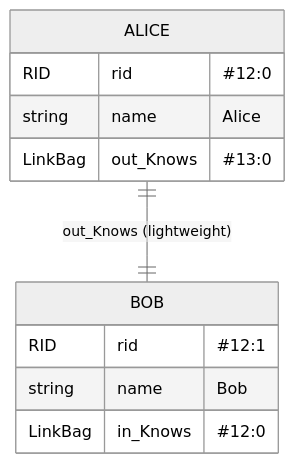
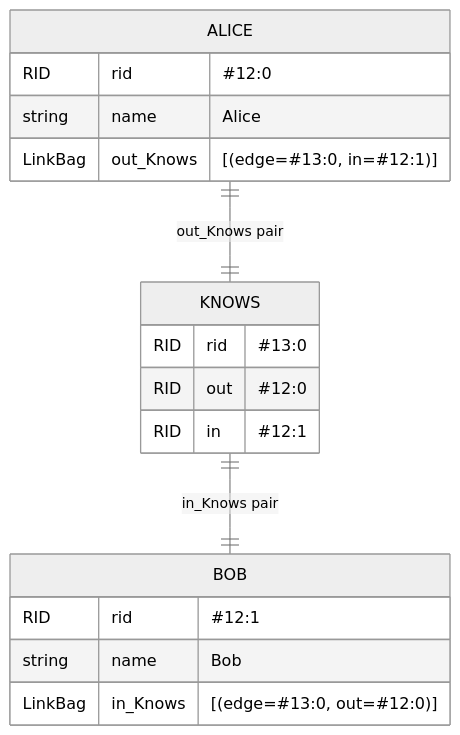
The first of 2 diagrams in docs/ytdb-internals-book/chapters/02-tour-of-storage.md (JetBrains/youtrackdb), drawn with Mermaid (neutral theme) before and after one commit. The commit also changed other lines of this file, not shown here.

First line of the commit message:
Rework edge storage section in tour-of-storage chapter

````diff
--- a/docs/ytdb-internals-book/chapters/02-tour-of-storage.md
+++ b/docs/ytdb-internals-book/chapters/02-tour-of-storage.md
@@ -105,14 +104,20 @@
 ```mermaid
 erDiagram
     ALICE {
         RID rid "#12:0"
         string name "Alice"
-        LinkBag out_Knows "#13:0"
+        LinkBag out_Knows "[(edge=#13:0, in=#12:1)]"
+    }
+    KNOWS {
+        RID rid "#13:0"
+        RID out "#12:0"
+        RID in "#12:1"
     }
     BOB {
         RID rid "#12:1"
         string name "Bob"
-        LinkBag in_Knows "#12:0"
+        LinkBag in_Knows "[(edge=#13:0, out=#12:0)]"
     }
-    ALICE ||--|| BOB : "out_Knows (lightweight)"
+    ALICE ||--|| KNOWS : "out_Knows pair"
+    KNOWS ||--|| BOB : "in_Knows pair"
 ```
````
